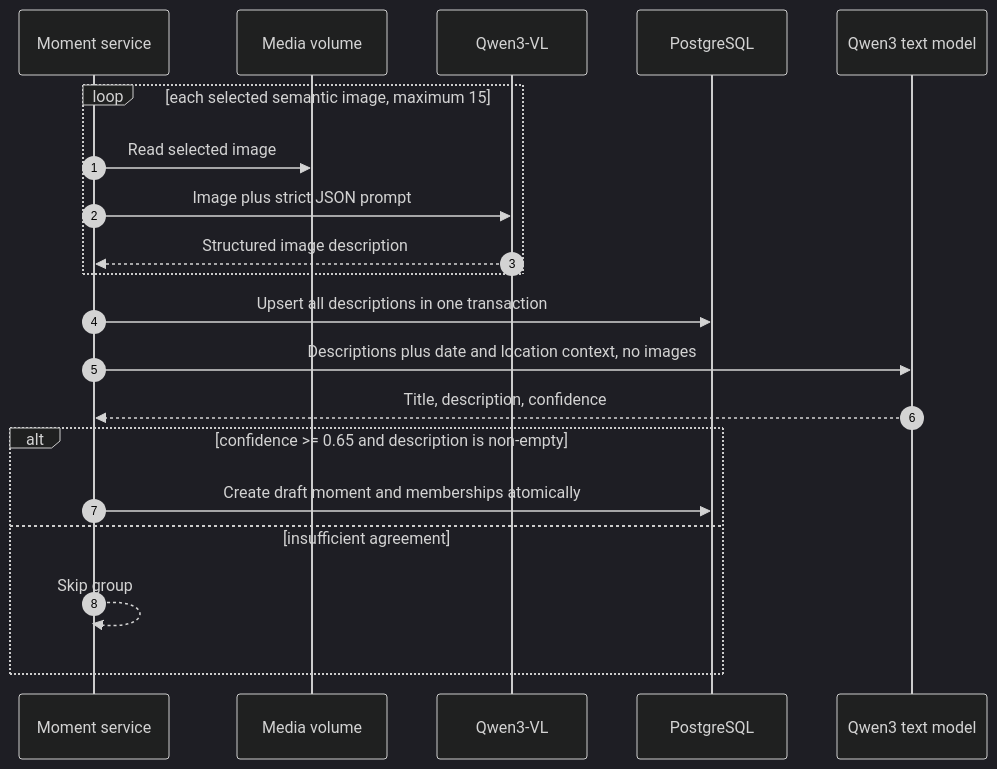
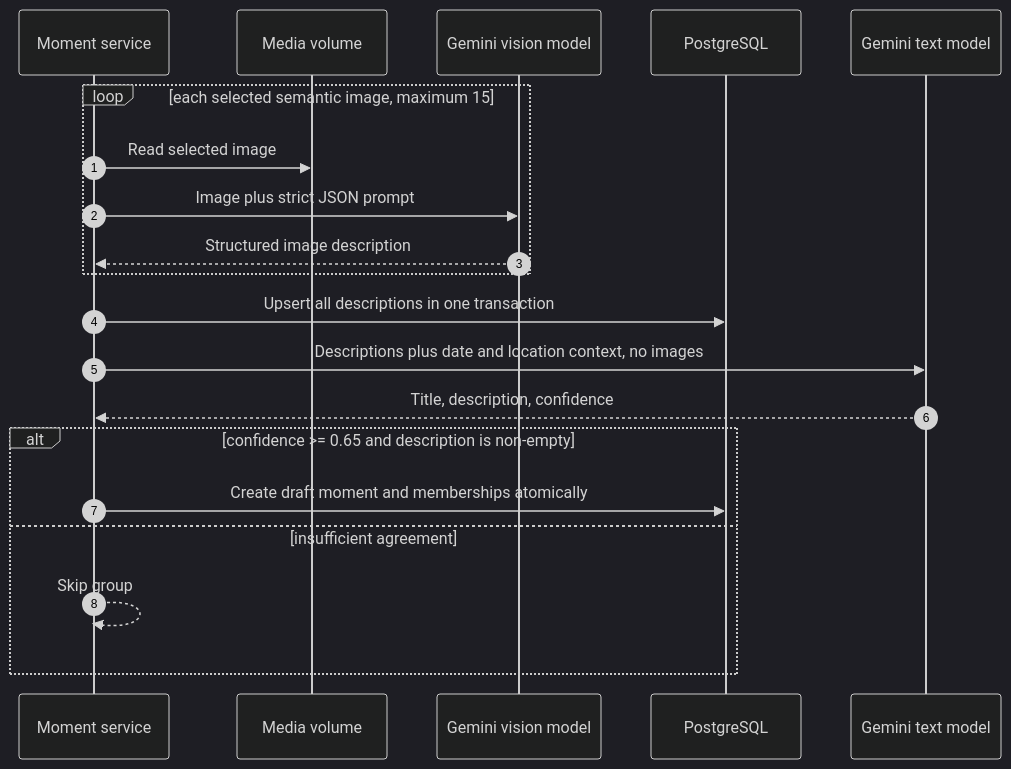
Before and after one commit to pal-paul/pal-next-gallery-server: the seventh of 9 diagrams in docs/photo_moments.md, drawn with Mermaid (dark theme). The commit also changed other lines of this file and 11 other files, not shown here.

````diff
--- a/docs/photo_moments.md
+++ b/docs/photo_moments.md
@@ -336,23 +336,23 @@
 ```mermaid
 sequenceDiagram
     autonumber
     participant Moments as Moment service
     participant Media as Media volume
-    participant Vision as Qwen3-VL
+    participant Vision as Gemini vision model
     participant DB as PostgreSQL
-    participant Text as Qwen3 text model
+    participant Text as Gemini text model
 
     loop each selected semantic image, maximum 15
         Moments->>Media: Read selected image
         Moments->>Vision: Image plus strict JSON prompt
         Vision-->>Moments: Structured image description
     end
     Moments->>DB: Upsert all descriptions in one transaction
     Moments->>Text: Descriptions plus date and location context, no images
     Text-->>Moments: Title, description, confidence
     alt confidence >= 0.65 and description is non-empty
         Moments->>DB: Create draft moment and memberships atomically
     else insufficient agreement
         Moments-->>Moments: Skip group
     end
 ```
````
